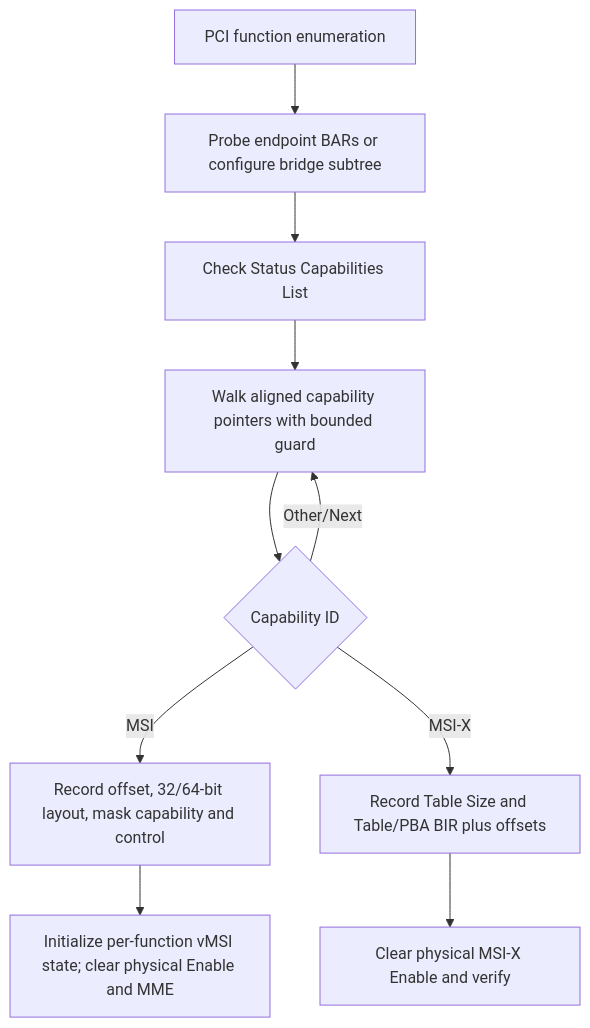
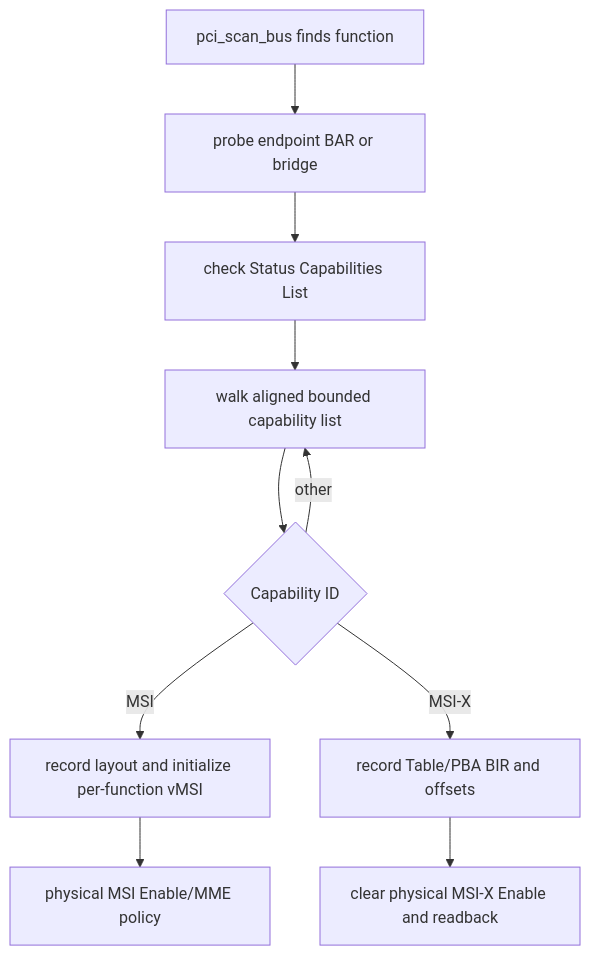
Before and after one commit to huangtan203/avisor: the first of 3 diagrams in docs/Phase112_通用PCI_vMSI与MSI-X能力模拟_详细设计文档.md, drawn with Mermaid. The commit also changed other lines of this file, not shown here.

Commit message:
docs(pci): rebuild Phase 112 MSI-X design

````diff
--- a/docs/Phase112_通用PCI_vMSI与MSI-X能力模拟_详细设计文档.md
+++ b/docs/Phase112_通用PCI_vMSI与MSI-X能力模拟_详细设计文档.md
@@ -17,12 +25,12 @@
 ```mermaid
 flowchart TD
-    A[PCI function enumeration] --> B[Probe endpoint BARs or configure bridge subtree]
-    B --> C[Check Status Capabilities List]
-    C --> D[Walk aligned capability pointers with bounded guard]
+    A[pci_scan_bus finds function] --> B[probe endpoint BAR or bridge]
+    B --> C[check Status Capabilities List]
+    C --> D[walk aligned bounded capability list]
     D --> E{Capability ID}
-    E -->|MSI| F[Record offset, 32/64-bit layout, mask capability and control]
-    F --> G[Initialize per-function vMSI state; clear physical Enable and MME]
-    E -->|MSI-X| H[Record Table Size and Table/PBA BIR plus offsets]
-    H --> I[Clear physical MSI-X Enable and verify]
-    E -->|Other/Next| D
+    E -->|MSI| F[record layout and initialize per-function vMSI]
+    F --> G[physical MSI Enable/MME policy]
+    E -->|MSI-X| H[record Table/PBA BIR and offsets]
+    H --> I[clear physical MSI-X Enable and readback]
+    E -->|other| D
 ```
````
